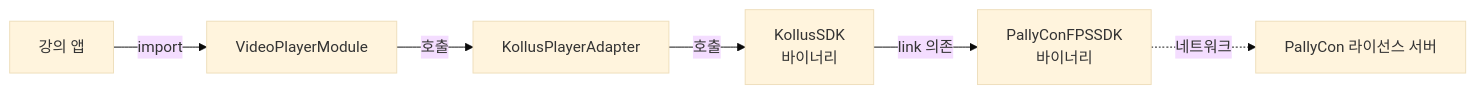
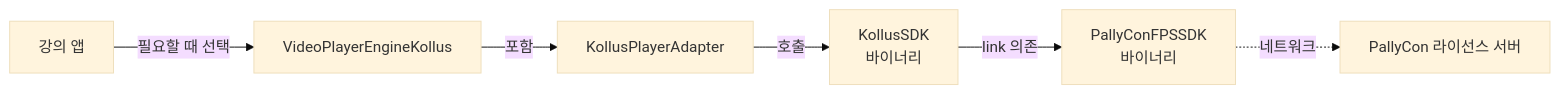
Before and after one commit to megastudymobile/ms-videoplayer-ios: the fourth of 6 diagrams in docs/blog/04-why-pallycon-fps.md, drawn with Mermaid (base theme). The commit also changed other lines of this file and 3 other files, not shown here.

Commit message:
docs: update video player blog series

````diff
--- a/docs/blog/04-why-pallycon-fps.md
+++ b/docs/blog/04-why-pallycon-fps.md
@@ -191,8 +191,8 @@
 ```mermaid
 flowchart LR
-    App[강의 앱] -->|import| Module[VideoPlayerModule]
-    Module -->|호출| KollusAdapter[KollusPlayerAdapter]
+    App[강의 앱] -->|필요할 때 선택| Product[VideoPlayerEngineKollus]
+    Product -->|포함| KollusAdapter[KollusPlayerAdapter]
     KollusAdapter -->|호출| KollusBin[KollusSDK<br/>바이너리]
     KollusBin -->|link 의존| PallyBin[PallyConFPSSDK<br/>바이너리]
     PallyBin -.->|네트워크| PallyServer[PallyCon 라이선스 서버]
 ```
````
